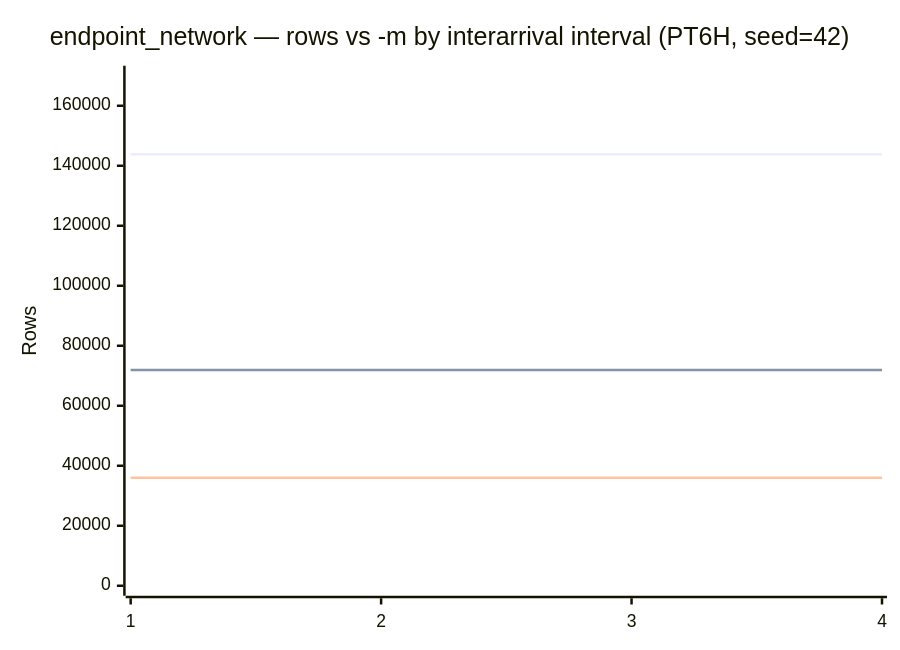
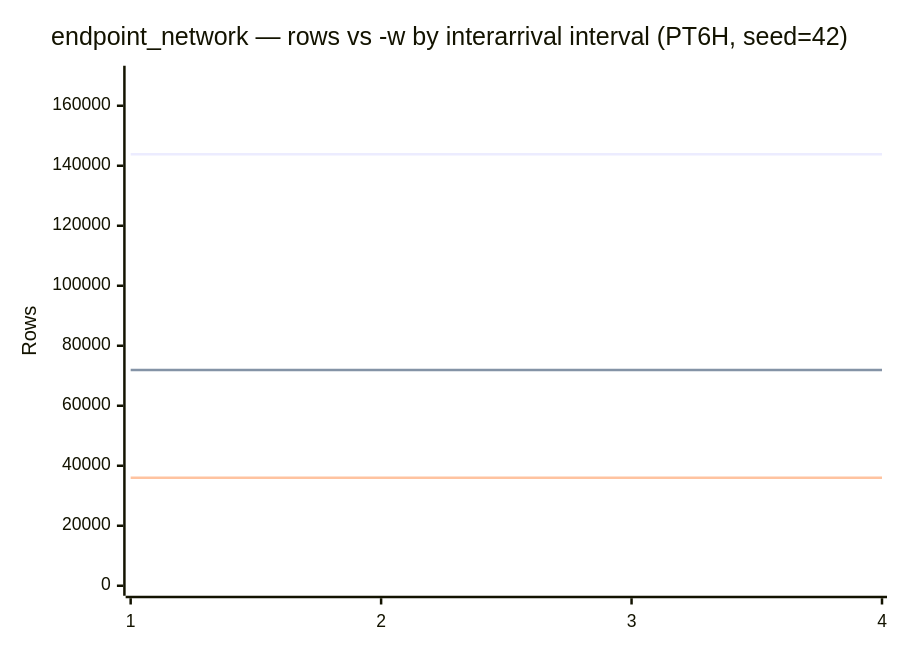
The second of 2 diagrams in docs/presets/endpoint_network.md (implydata/imply-eventgenerator), drawn with Mermaid before and after one commit. The commit also changed other lines of this file and 22 other files, not shown here.

````diff
--- a/docs/presets/endpoint_network.md
+++ b/docs/presets/endpoint_network.md
@@ -93,9 +93,9 @@
 ```mermaid
 xychart-beta
-    title "endpoint_network — rows vs -m by interarrival interval (PT6H, seed=42)"
+    title "endpoint_network — rows vs -w by interarrival interval (PT6H, seed=42)"
     x-axis [1, 2, 3, 4]
     y-axis "Rows" 0 --> 170000
     line [143843, 143843, 143843, 143843]
     line [71928, 71928, 71928, 71928]
     line [35980, 35980, 35980, 35980]
 ```
````
